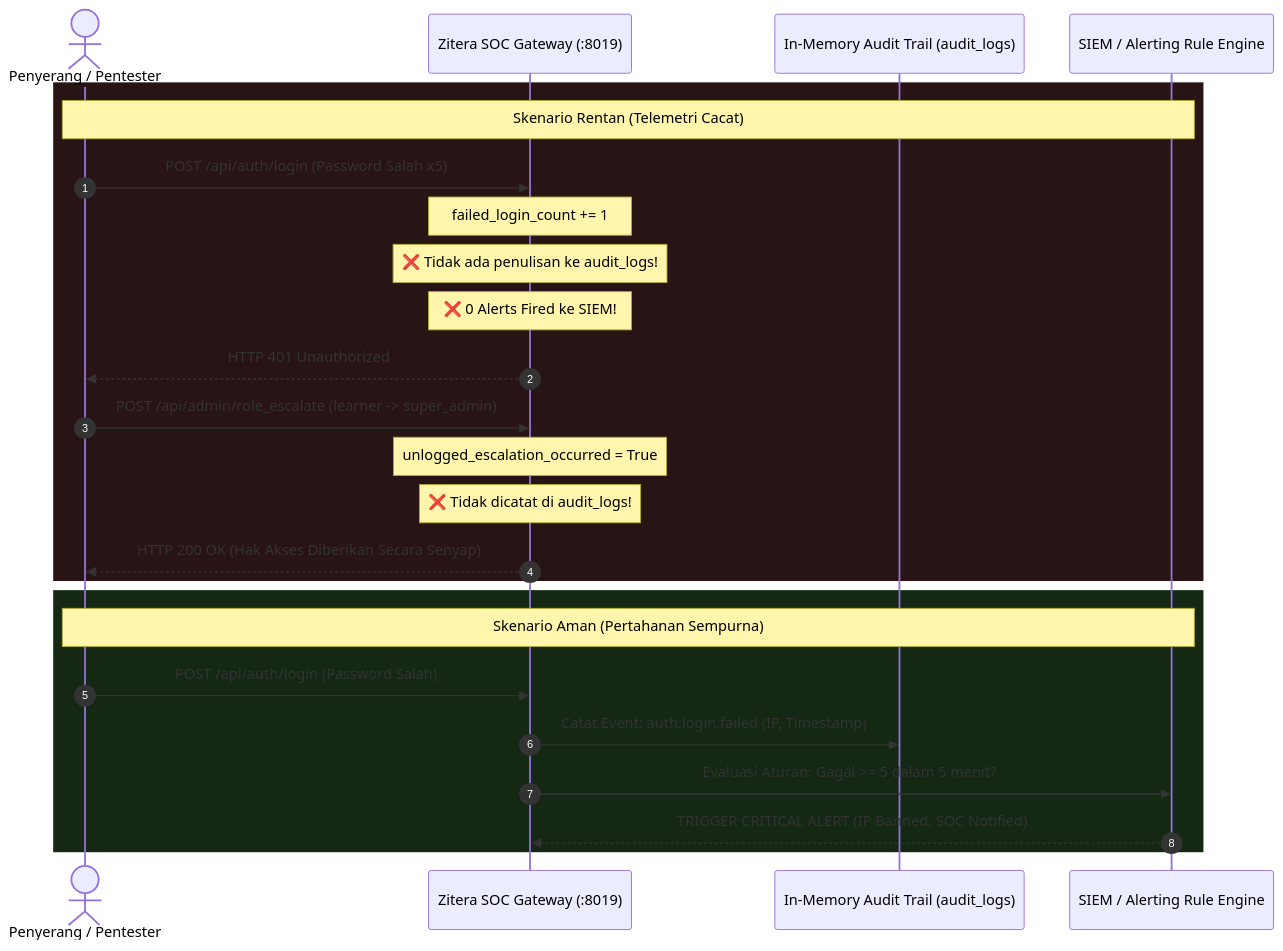
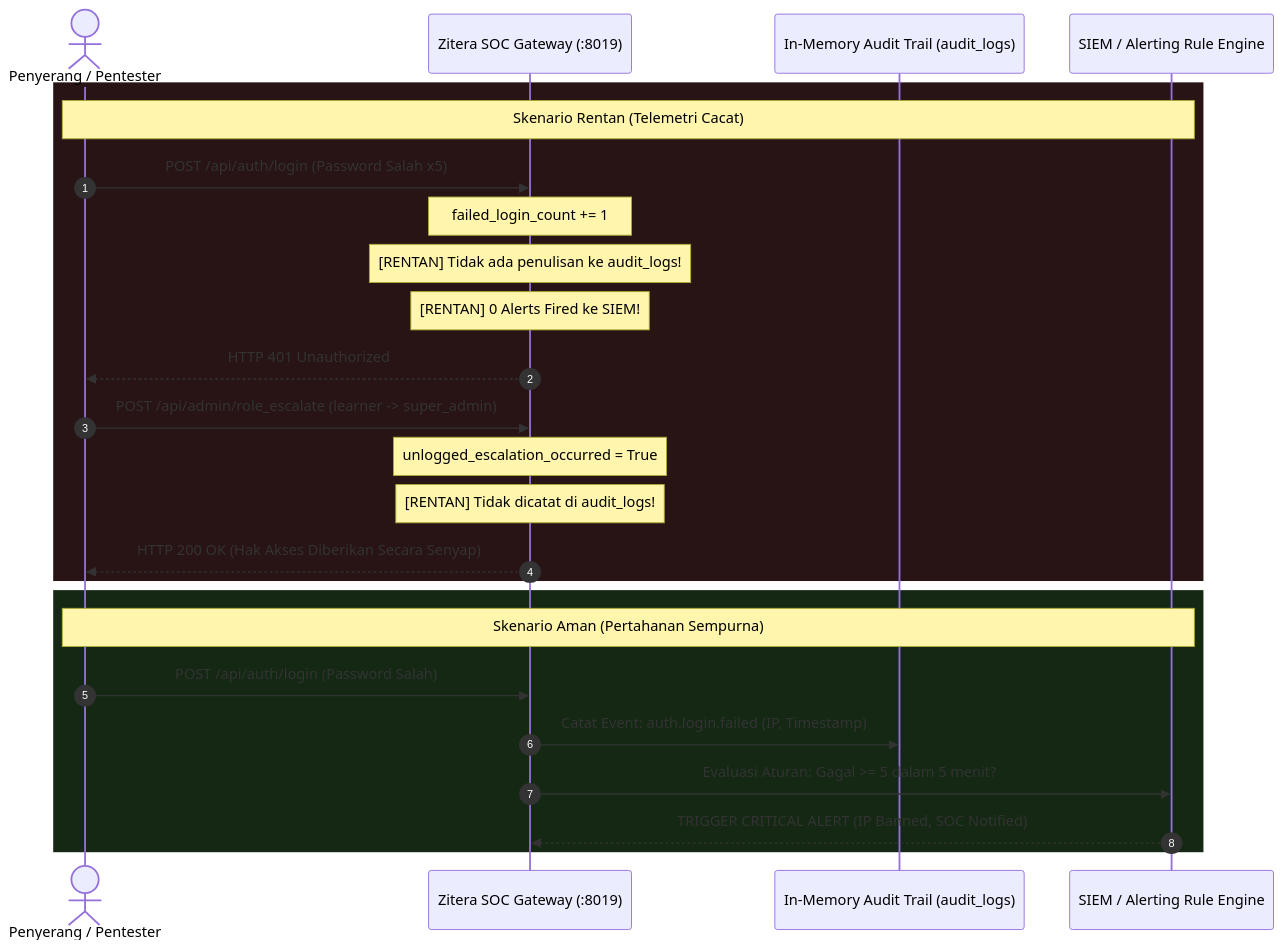
One commit to xdaamar/zitera_lab changed the diagram in labs/A09/lesson/architecture.id.md. Above: the diagram before and after it, drawn with Mermaid. The commit also changed 440 other files, not shown here.

````diff
--- a/labs/A09/lesson/architecture.id.md
+++ b/labs/A09/lesson/architecture.id.md
@@ -27,30 +27,30 @@
 ```mermaid
 sequenceDiagram
     autonumber
     actor Attacker as Penyerang / Pentester
     participant SOCApp as Zitera SOC Gateway (:8019)
     participant AuditTrail as In-Memory Audit Trail (audit_logs)
     participant SIEMEngine as SIEM / Alerting Rule Engine
 
     rect rgb(40, 20, 20)
         Note over Attacker,SIEMEngine: Skenario Rentan (Telemetri Cacat)
         Attacker->>SOCApp: POST /api/auth/login (Password Salah x5)
         Note over SOCApp: failed_login_count += 1
-        Note over SOCApp: ❌ Tidak ada penulisan ke audit_logs!
-        Note over SOCApp: ❌ 0 Alerts Fired ke SIEM!
+        Note over SOCApp: [RENTAN] Tidak ada penulisan ke audit_logs!
+        Note over SOCApp: [RENTAN] 0 Alerts Fired ke SIEM!
         SOCApp-->>Attacker: HTTP 401 Unauthorized
 
         Attacker->>SOCApp: POST /api/admin/role_escalate (learner -> super_admin)
         Note over SOCApp: unlogged_escalation_occurred = True
-        Note over SOCApp: ❌ Tidak dicatat di audit_logs!
+        Note over SOCApp: [RENTAN] Tidak dicatat di audit_logs!
         SOCApp-->>Attacker: HTTP 200 OK (Hak Akses Diberikan Secara Senyap)
     end
 
     rect rgb(20, 40, 20)
         Note over Attacker,SIEMEngine: Skenario Aman (Pertahanan Sempurna)
         Attacker->>SOCApp: POST /api/auth/login (Password Salah)
         SOCApp->>AuditTrail: Catat Event: auth.login.failed (IP, Timestamp)
         SOCApp->>SIEMEngine: Evaluasi Aturan: Gagal >= 5 dalam 5 menit?
         SIEMEngine-->>SOCApp: TRIGGER CRITICAL ALERT (IP Banned, SOC Notified)
     end
 ```
````
